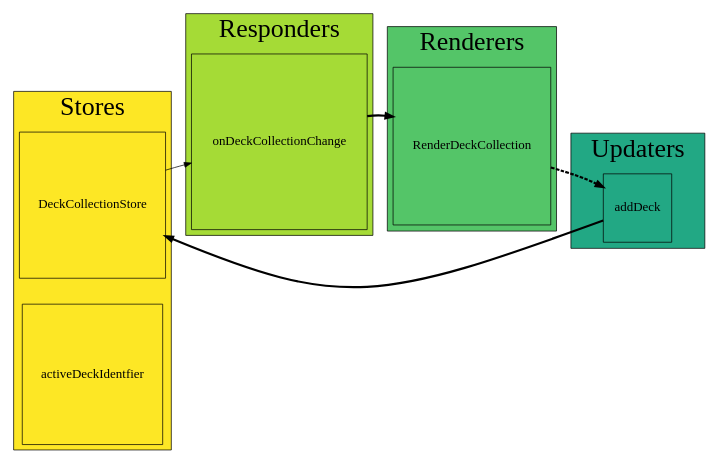
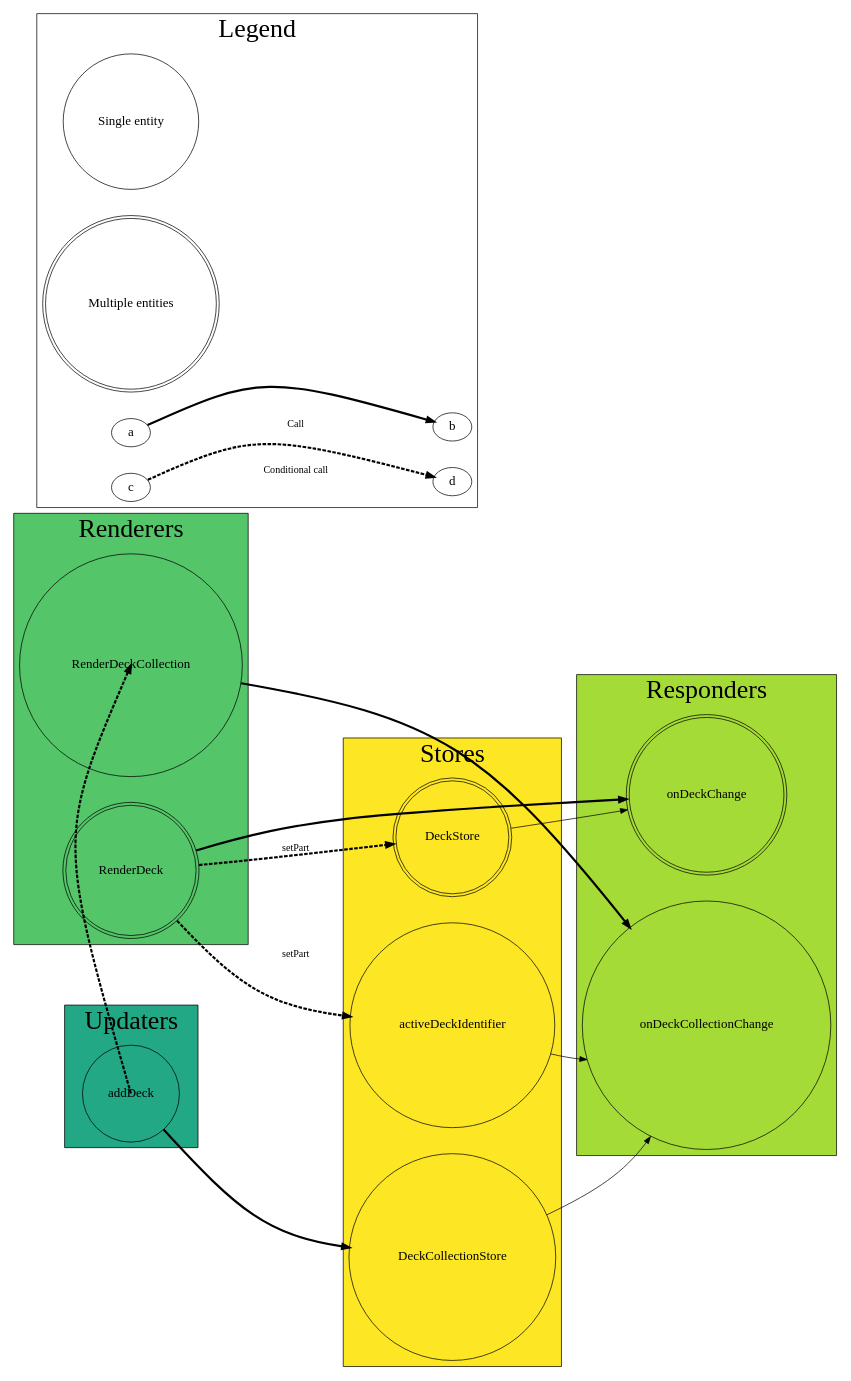
Before and after one commit to jimkang/cardfields: the diagram in meta/machines.dot, drawn with Graphviz. The commit also changed 2 other files, not shown here.

Commit message:
Use circo for circular graphs.

```diff
--- a/meta/machines.dot
+++ b/meta/machines.dot
@@ -1,43 +1,61 @@
 digraph {
   rankdir="LR";
   graph [fontsize=36];
   node [fontsize=18];
   nodesep=0.5;
   mindist=10.0;
   mclimit=10.0;
   splines="curved";
 
   subgraph cluster_stores {
     label="Stores";
     bgcolor="#fde725";
-    DeckCollectionStore [shape=square];
-    activeDeckIdentfier [shape=square];
+    DeckCollectionStore [shape=circle];
+    DeckStore [shape=doublecircle];
+    activeDeckIdentifier [shape=circle];
   }
 
   subgraph cluster_responders {
     label="Responders";
     bgcolor="#a5db36";
 
-    onDeckCollectionChange [shape=square];
+    onDeckCollectionChange [shape=circle];
+    onDeckChange [shape=doublecircle];
 
     DeckCollectionStore -> onDeckCollectionChange;
+    activeDeckIdentifier -> onDeckCollectionChange;
+    DeckStore -> onDeckChange;
   }
 
   subgraph cluster_renderers {
     label="Renderers";
     bgcolor="#54c568";
 
-    RenderDeckCollection [shape=square];
+    RenderDeckCollection [shape=circle];
+    RenderDeck [shape=doublecircle];
 
     onDeckCollectionChange -> RenderDeckCollection [penwidth=3];
+    onDeckChange -> RenderDeck [penwidth=3];
   }
 
   subgraph cluster_updaters {
     label="Updaters";
     bgcolor="#22a884";
 
-    addDeck [shape=square];
-    addDeck -> DeckCollectionStore [dir=back, penwidth=3];
+    addDeck [shape=circle];
+    addDeck -> DeckCollectionStore [penwidth=3];
     RenderDeckCollection -> addDeck [penwidth=3, style=dashed];
+    RenderDeck -> activeDeckIdentifier [penwidth=3, style=dashed, label="setPart"];
+    RenderDeck -> DeckStore [penwidth=3, style=dashed, label="setPart"];
+  }
+
+  subgraph cluster_legend {
+    label="Legend";
+
+    singleEntity [shape=circle, label="Single entity"];
+    multipleEntities [shape=doublecircle, label="Multiple entities"];
+
+    a -> b [penwidth=3, label="Call"];
+    c -> d [penwidth=3, style=dashed, label="Conditional call"];
   }
 }
```
